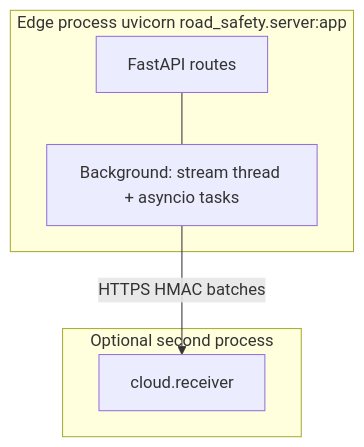
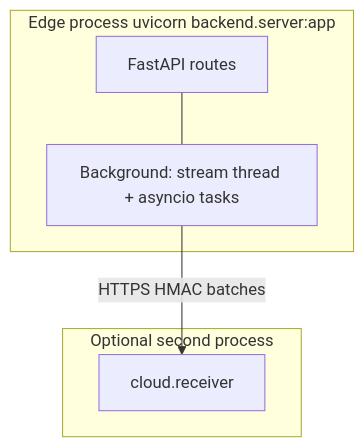
The first of 3 diagrams in docs/backend-infrastructure.md (Androkzn/road-camera-safety-monitoring), drawn with Mermaid before and after one commit. The commit also changed other lines of this file and 119 other files, not shown here.

````diff
--- a/docs/backend-infrastructure.md
+++ b/docs/backend-infrastructure.md
@@ -16,12 +16,12 @@
 ```mermaid
 flowchart TB
-  subgraph edge["Edge process uvicorn road_safety.server:app"]
+  subgraph edge["Edge process uvicorn backend.server:app"]
     API[FastAPI routes]
     BG[Background: stream thread + asyncio tasks]
     API --- BG
   end
   subgraph optional["Optional second process"]
     CR[cloud.receiver]
   end
   BG -->|HTTPS HMAC batches| CR
 ```
````
